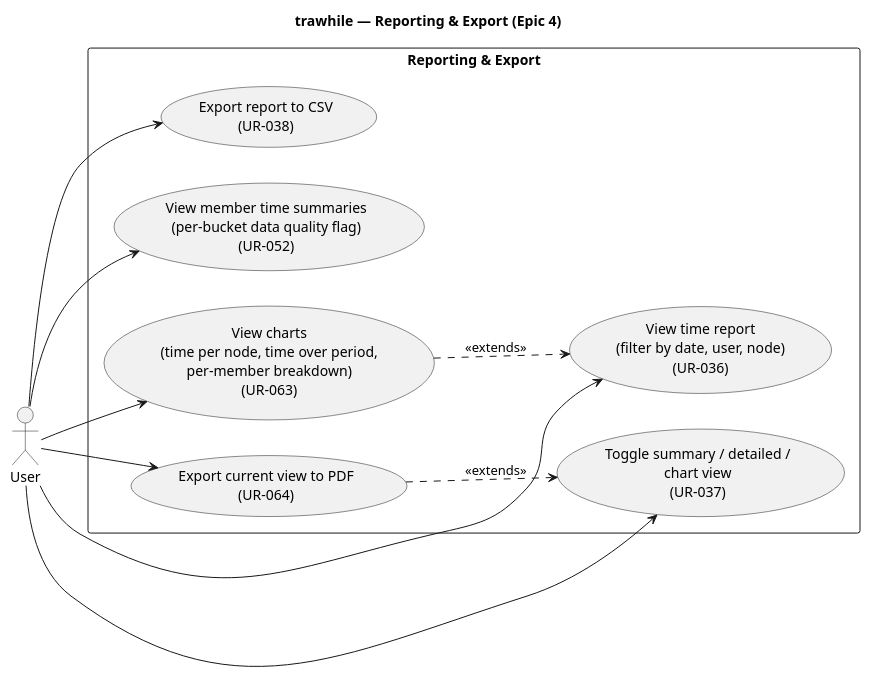
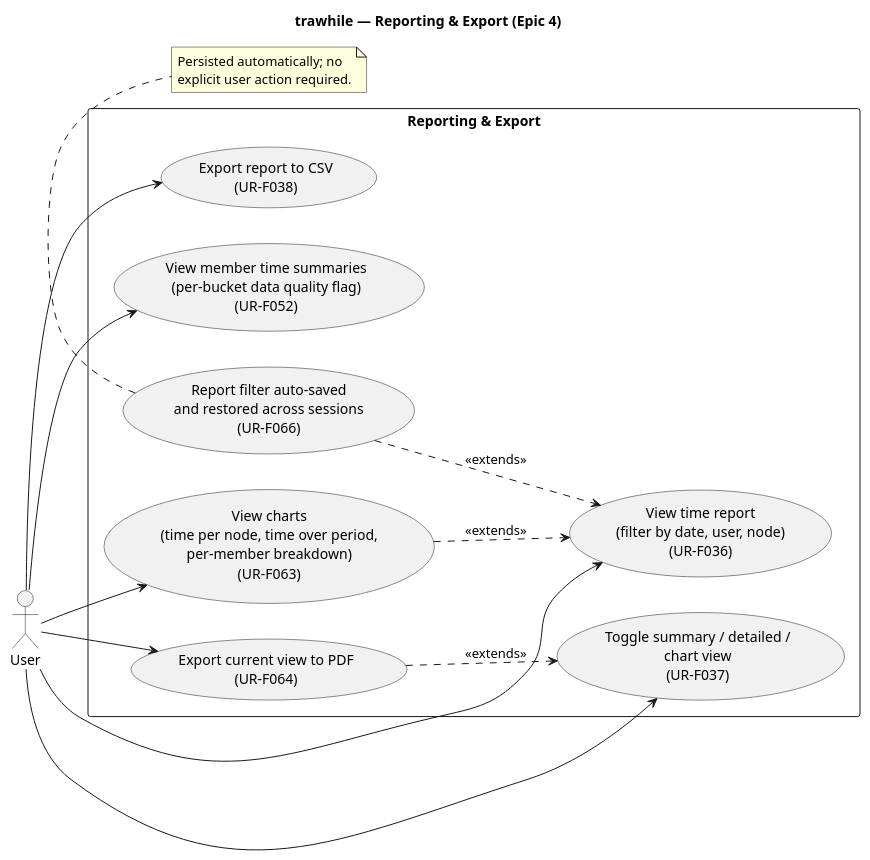
One commit to uCore7/trawhile changed the diagram in docs/uml/use-cases-reporting.puml. Above: the diagram before and after it, drawn with PlantUML. The commit also changed 78 other files, not shown here.

```diff
--- a/docs/uml/use-cases-reporting.puml
+++ b/docs/uml/use-cases-reporting.puml
@@ -1,27 +1,34 @@
 @startuml use-cases-reporting
 title trawhile — Reporting & Export (Epic 4)
 
 left to right direction
 
 actor "User" as User
 
 rectangle "Reporting & Export" {
-    usecase "View time report\n(filter by date, user, node)\n(UR-036)" as UC_Report
-    usecase "Toggle summary / detailed /\nchart view\n(UR-037)" as UC_ReportMode
-    usecase "Export report to CSV\n(UR-038)" as UC_ExportCsv
-    usecase "View member time summaries\n(per-bucket data quality flag)\n(UR-052)" as UC_MemberSummaries
-    usecase "View charts\n(time per node, time over period,\nper-member breakdown)\n(UR-063)" as UC_Charts
-    usecase "Export current view to PDF\n(UR-064)" as UC_ExportPdf
+    usecase "View time report\n(filter by date, user, node)\n(UR-F036)" as UC_Report
+    usecase "Toggle summary / detailed /\nchart view\n(UR-F037)" as UC_ReportMode
+    usecase "Export report to CSV\n(UR-F038)" as UC_ExportCsv
+    usecase "View member time summaries\n(per-bucket data quality flag)\n(UR-F052)" as UC_MemberSummaries
+    usecase "View charts\n(time per node, time over period,\nper-member breakdown)\n(UR-F063)" as UC_Charts
+    usecase "Export current view to PDF\n(UR-F064)" as UC_ExportPdf
+    usecase "Report filter auto-saved\nand restored across sessions\n(UR-F066)" as UC_FilterPersist
 }
 
 User --> UC_Report
 User --> UC_ReportMode
 User --> UC_ExportCsv
 User --> UC_MemberSummaries
 User --> UC_Charts
 User --> UC_ExportPdf
 
 UC_Charts ..> UC_Report : <<extends>>
 UC_ExportPdf ..> UC_ReportMode : <<extends>>
+UC_FilterPersist ..> UC_Report : <<extends>>
+
+note bottom of UC_FilterPersist
+  Persisted automatically; no
+  explicit user action required.
+end note
 
 @enduml
```
